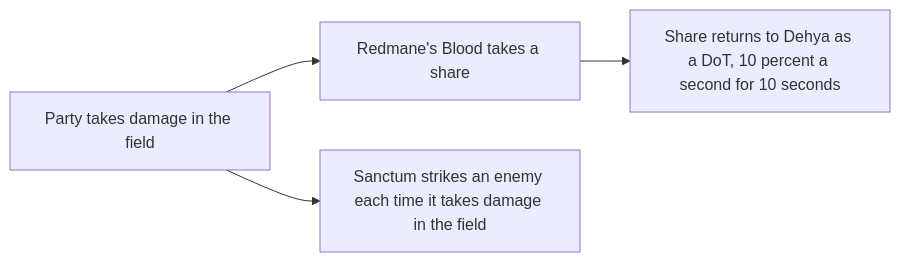
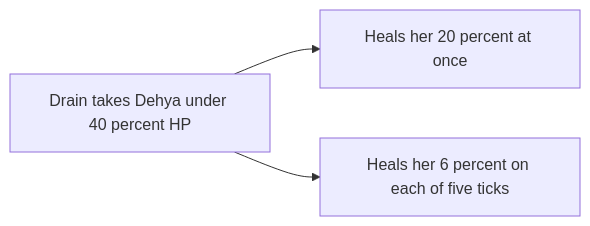
One commit to Esposter/Esposter changed the diagram in openspec/specs/genshin/kits/dehya/design.md. Above: the diagram before and after it, drawn with Mermaid. The commit also changed other lines of this file and 15 other files, not shown here.

````diff
--- a/openspec/specs/genshin/kits/dehya/design.md
+++ b/openspec/specs/genshin/kits/dehya/design.md
@@ -11,6 +11,5 @@
 ```mermaid
 flowchart LR
-  A["Party takes damage in the field"] --> B["Redmane's Blood takes a share"]
-  B --> C["Share returns to Dehya as a DoT, 10 percent a second for 10 seconds"]
-  A --> D["Sanctum strikes an enemy each time it takes damage in the field"]
+  A["Drain takes Dehya under 40 percent HP"] --> B["Heals her 20 percent at once"]
+  A --> C["Heals her 6 percent on each of five ticks"]
 ```
````
